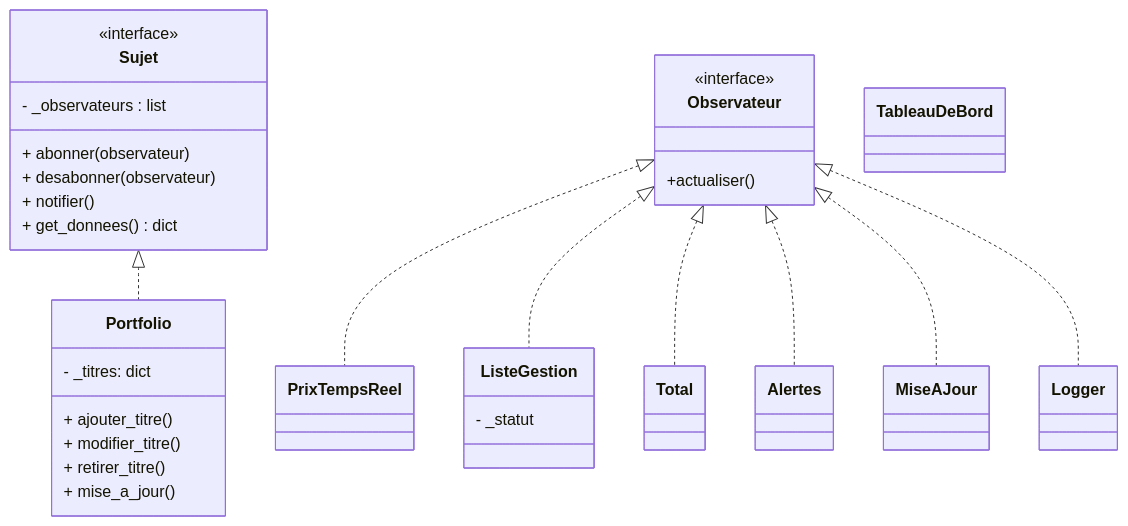
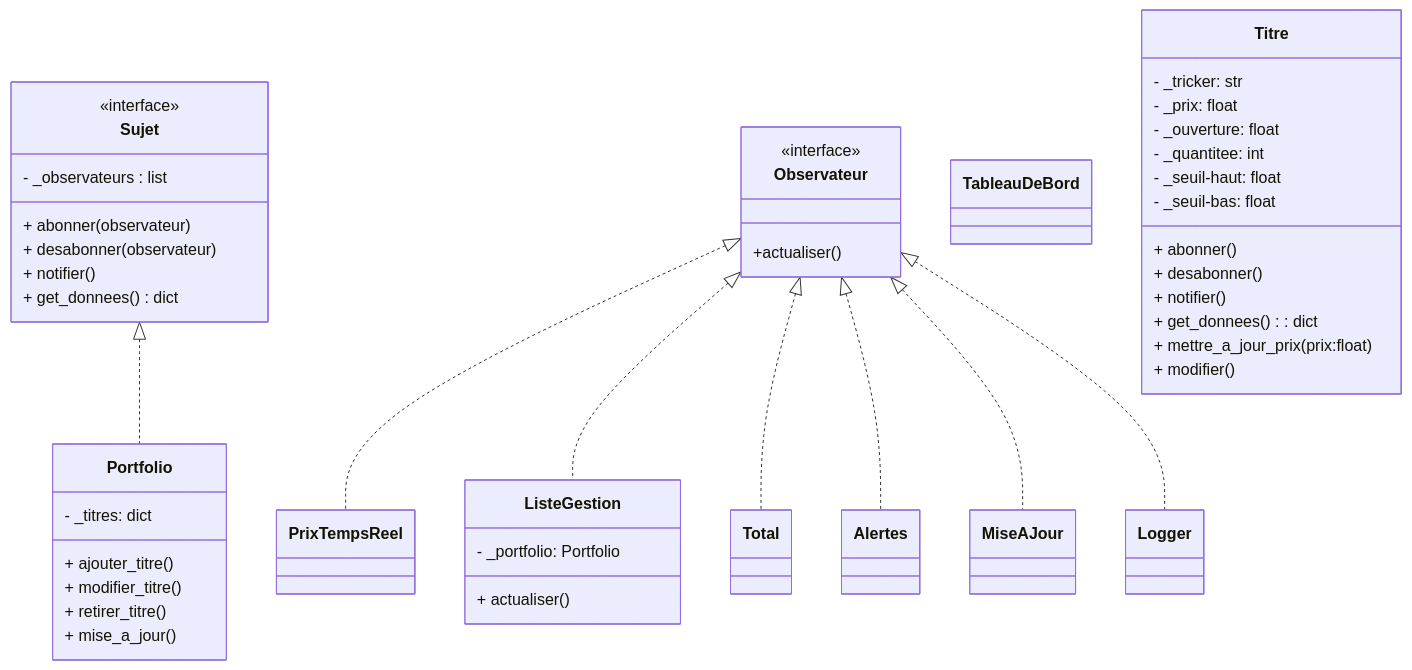
Before and after one commit to DynaJ0ule/420-3D3-TP1-A26: the diagram in UML.md, drawn with Mermaid. The commit also changed other lines of this file, not shown here.

Commit message:
débuts des modifications de l'UML

````diff
--- a/UML.md
+++ b/UML.md
@@ -1,39 +1,54 @@
 ```mermaid
 classDiagram
 	class Sujet{
 		<<interface>>
 		- _observateurs : list
 		+ abonner(observateur)
 		+ desabonner(observateur)
 		+ notifier()
 		+ get_donnees() dict
 	}
 	class Observateur{
 		<<interface>>
 		+actualiser()
 	}
 	class PrixTempsReel
 	class ListeGestion{
-	- _statut
+	- _portfolio: Portfolio
+	+ actualiser()
 	}
 	class Total
 	class Alertes
 	class MiseAJour
 	class Logger
 	class TableauDeBord
 	class Portfolio{
 		- _titres: dict
 		+ ajouter_titre()
 		+ modifier_titre()
 		+ retirer_titre()
 		+ mise_a_jour()
 	}
+	class Titre{
+		- _tricker: str
+		- _prix: float
+		- _ouverture: float
+		- _quantitee: int
+		- _seuil-haut: float
+		- _seuil-bas: float
+		+ abonner()
+		+ desabonner()
+		+ notifier()
+		+ get_donnees(): dict
+		+ mettre_a_jour_prix(prix:float)
+		+ modifier()
+	}
 	Observateur <|.. PrixTempsReel
 	Observateur <|.. ListeGestion
 	Observateur <|.. Total
 	Observateur <|.. Alertes
 	Observateur <|.. MiseAJour
 	Observateur <|.. Logger
 	Sujet <|.. Portfolio
-	
+
 ```
````
